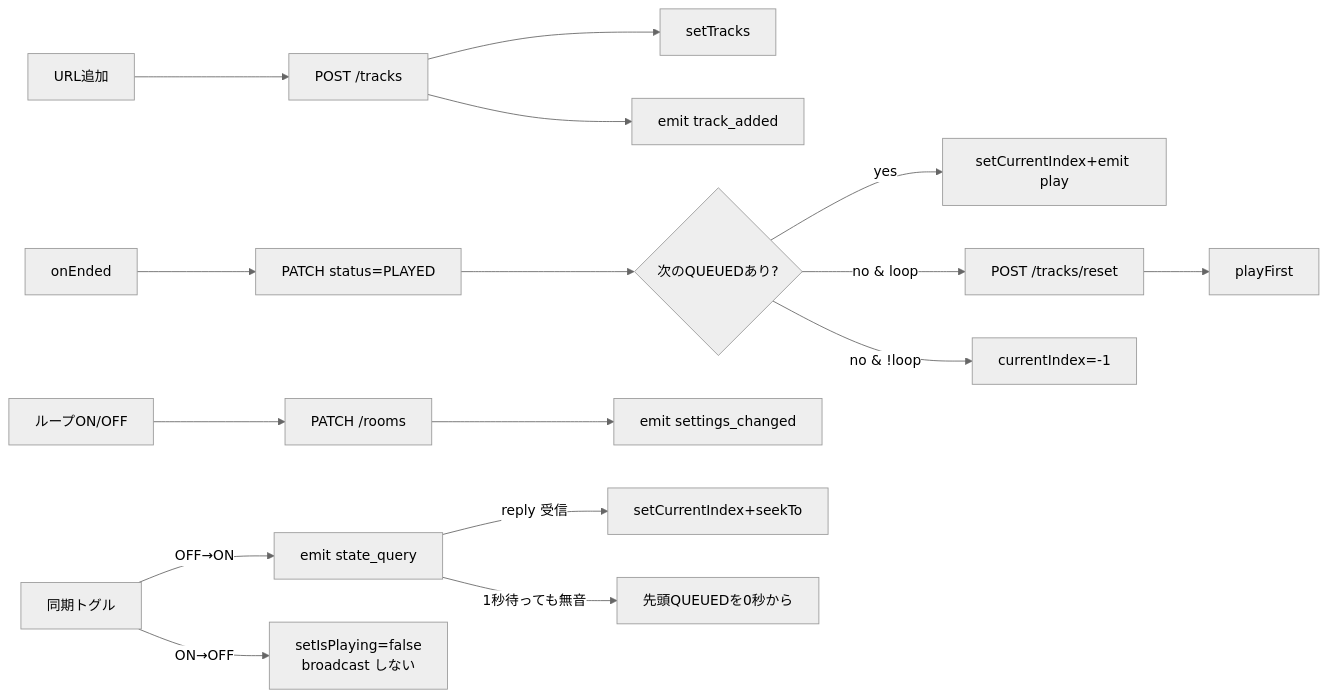
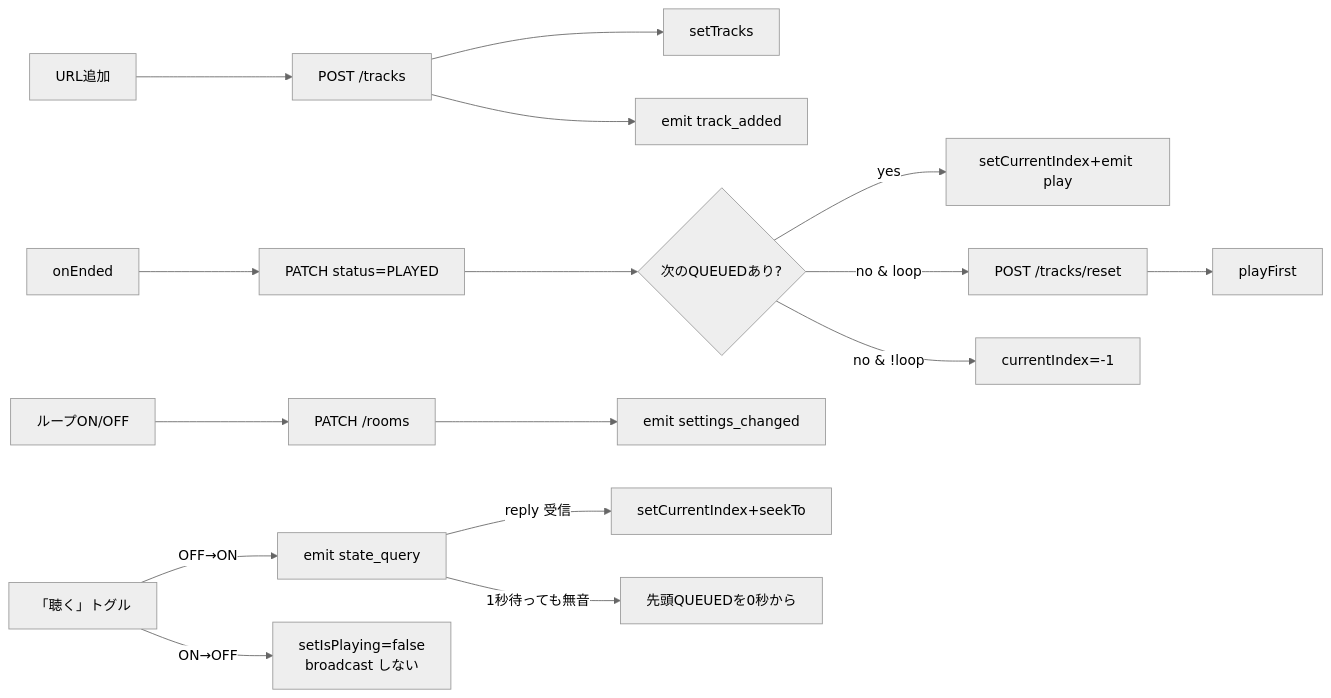
The first of 2 diagrams in docs/frontend.md (zagan-the-gun/XW-1), drawn with Mermaid (neutral theme) before and after one commit. The commit also changed other lines of this file and 4 other files, not shown here.

````diff
--- a/docs/frontend.md
+++ b/docs/frontend.md
@@ -80,21 +80,21 @@
 ```mermaid
 flowchart LR
     URL[URL追加] --> POST[POST /tracks]
     POST --> setTracks
     POST --> emitAdded[emit track_added]
 
     ended[onEnded] --> patchPlayed[PATCH status=PLAYED]
     patchPlayed --> next{次のQUEUEDあり?}
     next -->|yes| playNext[setCurrentIndex+emit play]
     next -->|no & loop| resetAll[POST /tracks/reset]
     next -->|no & !loop| idle[currentIndex=-1]
     resetAll --> playFirst
 
     toggleLoop[ループON/OFF] --> patchRoom[PATCH /rooms]
     patchRoom --> emitSettings[emit settings_changed]
 
-    toggleListen[同期トグル] -->|OFF→ON| qry[emit state_query]
+    toggleListen[「聴く」トグル] -->|OFF→ON| qry[emit state_query]
     qry -->|reply 受信| seek[setCurrentIndex+seekTo]
     qry -->|1秒待っても無音| fallback[先頭QUEUEDを0秒から]
     toggleListen -->|ON→OFF| stopLocal[setIsPlaying=false<br/>broadcast しない]
 ```
````
